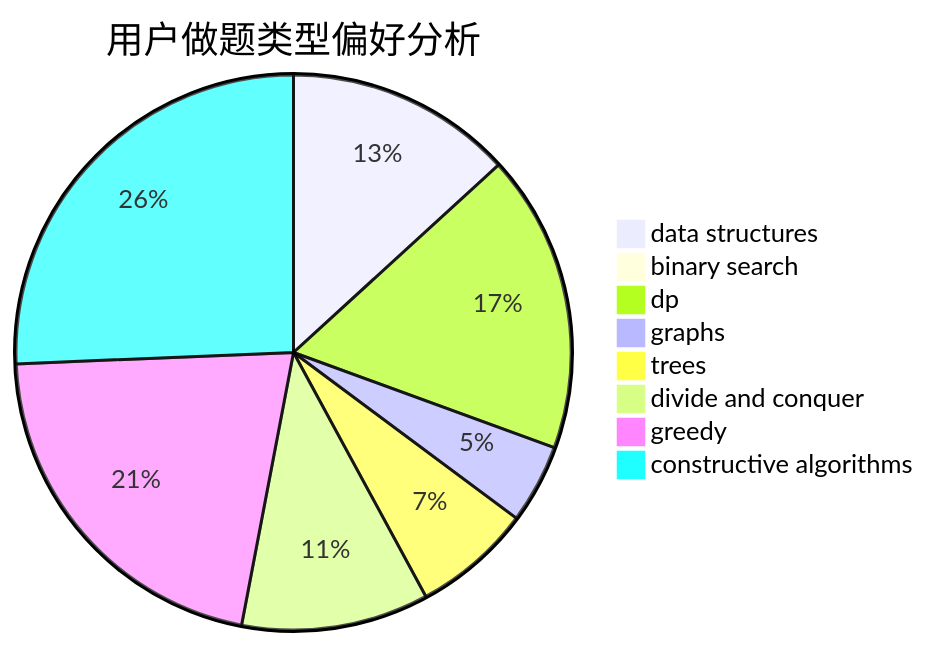
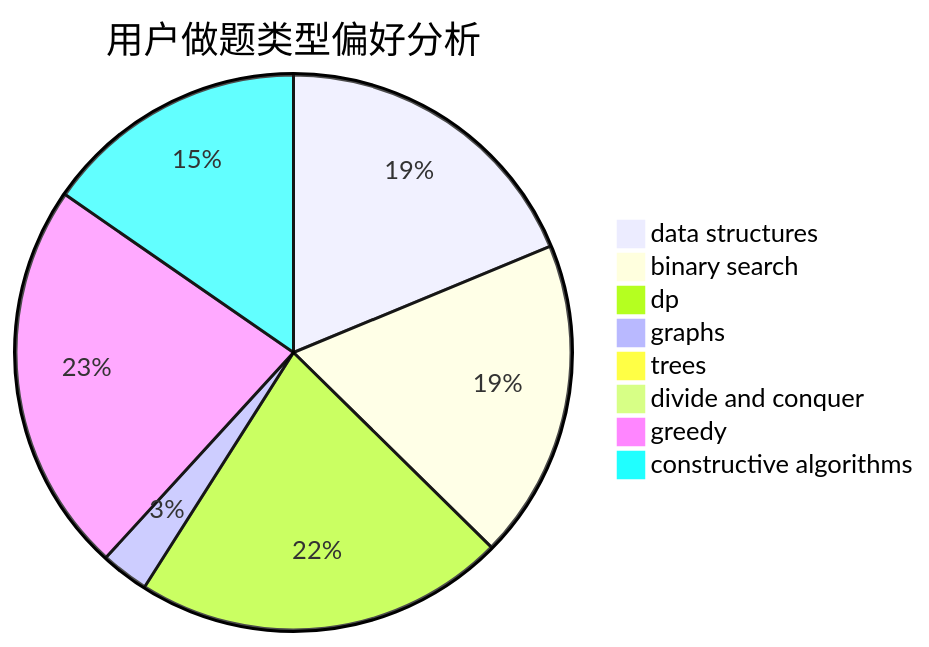
The second of 3 diagrams in docs/user/u1364.md (sherpahu/cfrs.github.io), drawn with Mermaid before and after one commit. The commit also changed other lines of this file and 2770 other files, not shown here.

````diff
--- a/docs/user/u1364.md
+++ b/docs/user/u1364.md
@@ -23,11 +23,11 @@
 ```mermaid
 pie title 用户做题类型偏好分析
-    "data structures" :  86
-    "binary search" :  2
-    "dp" :  113
-    "graphs" :  30
-    "trees" :  45
-    "divide and conquer" :  71
-    "greedy" :  139
-    "constructive algorithms" :  167
+    "data structures" :  404
+    "binary search" :  401
+    "dp" :  466
+    "graphs" :  60
+    "trees" :  8
+    "divide and conquer" :  1
+    "greedy" :  492
+    "constructive algorithms" :  331
 ```
````
